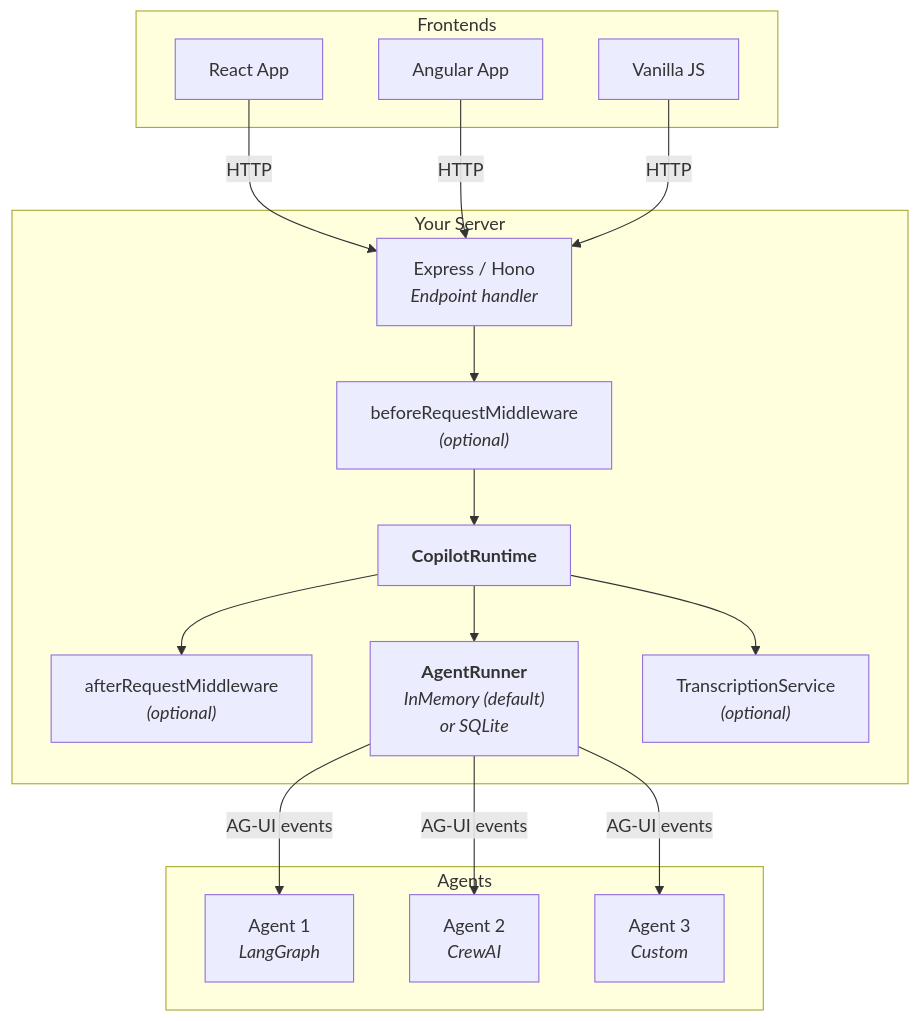
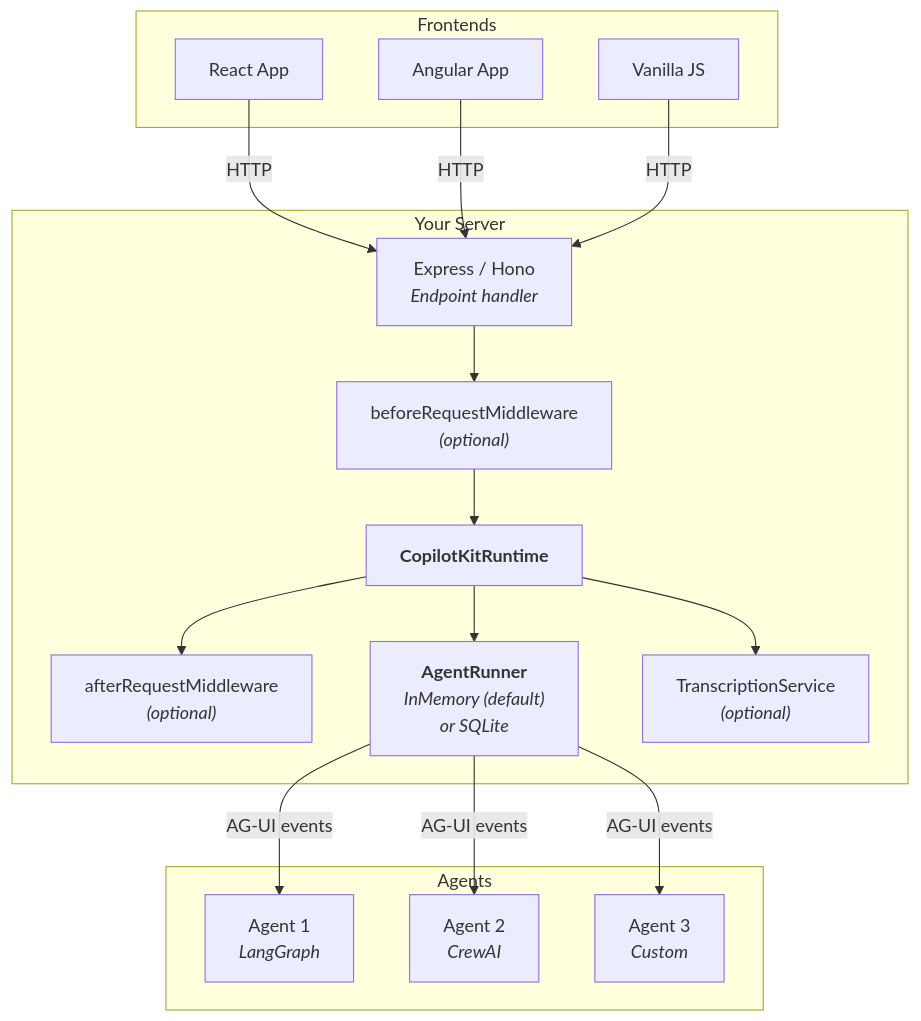
Before and after one commit to CopilotKit/CopilotKit: the first of 6 diagrams in dev-docs/architecture/setup-runtime.md, drawn with Mermaid. The commit also changed other lines of this file and 30 other files, not shown here.

Commit message:
docs: use the CopilotKit* runtime names in package docs and comments

````diff
--- a/dev-docs/architecture/setup-runtime.md
+++ b/dev-docs/architecture/setup-runtime.md
@@ -9,35 +9,35 @@
 ```mermaid
 graph TB
     subgraph Frontends
         React["React App"]
         Angular["Angular App"]
         Vanilla["Vanilla JS"]
     end
 
     subgraph Your Server
         EP["Express / Hono<br/><i>Endpoint handler</i>"]
         BM["beforeRequestMiddleware<br/><i>(optional)</i>"]
-        RT["<b>CopilotRuntime</b>"]
+        RT["<b>CopilotKitRuntime</b>"]
         AM["afterRequestMiddleware<br/><i>(optional)</i>"]
         Runner["<b>AgentRunner</b><br/><i>InMemory (default)<br/>or SQLite</i>"]
         TS["TranscriptionService<br/><i>(optional)</i>"]
     end
 
     subgraph Agents
         A1["Agent 1<br/><i>LangGraph</i>"]
         A2["Agent 2<br/><i>CrewAI</i>"]
         A3["Agent 3<br/><i>Custom</i>"]
     end
 
     React -->|HTTP| EP
     Angular -->|HTTP| EP
     Vanilla -->|HTTP| EP
     EP --> BM
     BM --> RT
     RT --> AM
     RT --> Runner
     RT --> TS
     Runner -->|AG-UI events| A1
     Runner -->|AG-UI events| A2
     Runner -->|AG-UI events| A3
 ```
````
